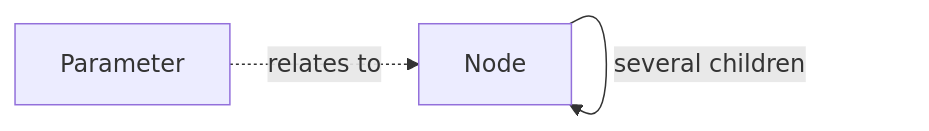
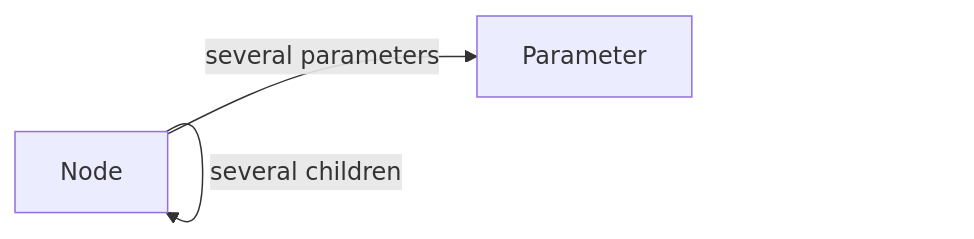
The first of 3 diagrams in docs/plans/data-structure.md (sfambach/wp-taxonomy-modeler), drawn with Mermaid before and after one commit. The commit also changed other lines of this file and 6 other files, not shown here.

First line of the commit message:
Agree one node can have several parameters

````diff
--- a/docs/plans/data-structure.md
+++ b/docs/plans/data-structure.md
@@ -40,6 +40,6 @@
 ```mermaid
 flowchart LR
   N[Node] -->|optional parent| N
   N -->|several children| N
-  P[Parameter] -. relates to .-> N
+  N -->|several parameters| P[Parameter]
 ```
````
